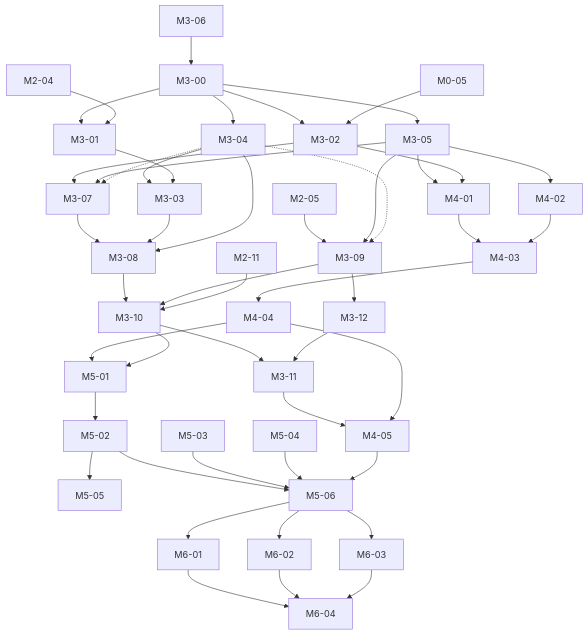
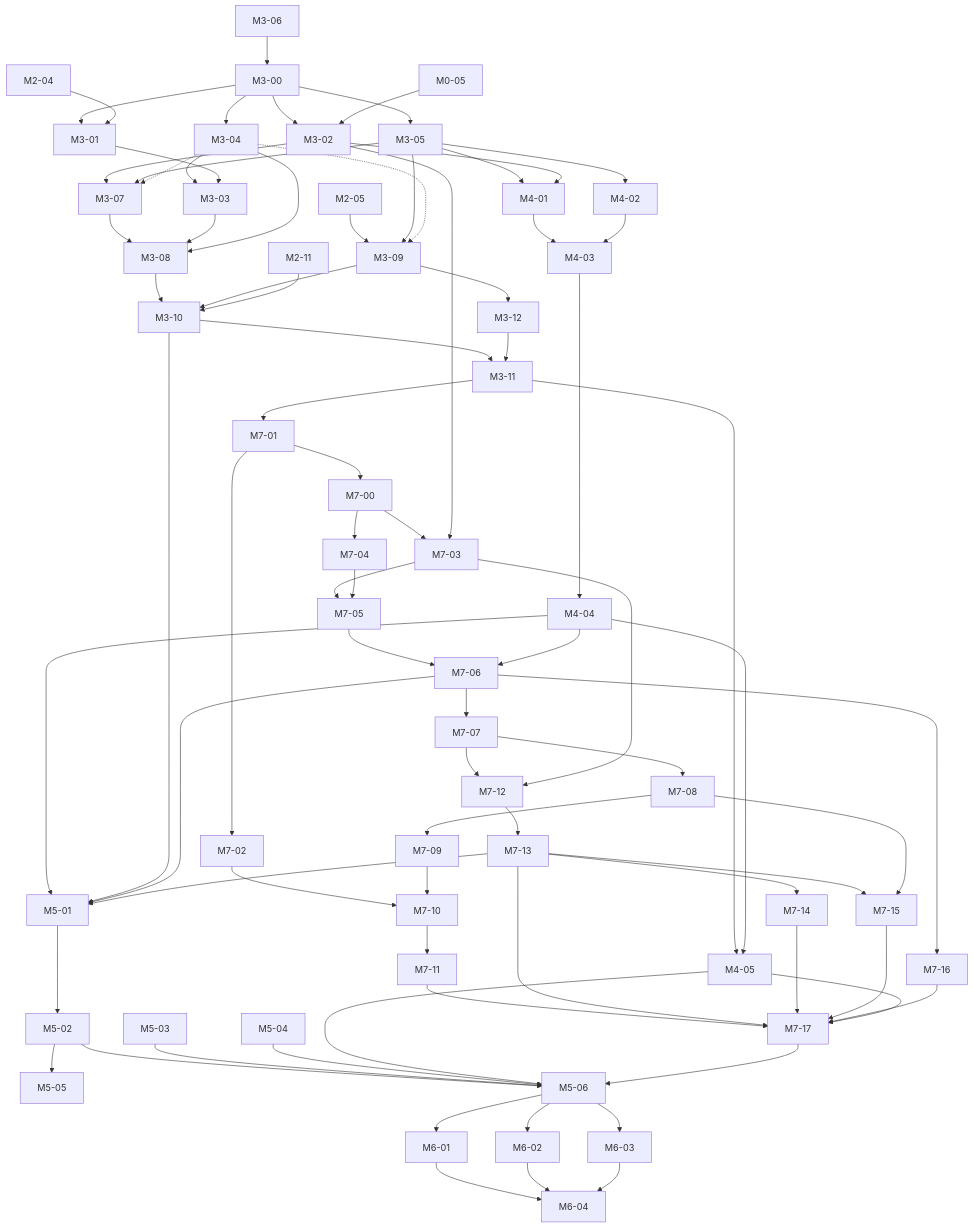
One commit to Mohammad-Aminazadeh/brain-3d-reconstruction changed the diagram in tasks/BACKLOG.md. Above: the diagram before and after it, drawn with Mermaid. The commit also changed other lines of this file and 12 other files, not shown here.

````diff
--- a/tasks/BACKLOG.md
+++ b/tasks/BACKLOG.md
@@ -85,40 +106,60 @@
 ```mermaid
 flowchart TD
     M3-06 --> M3-00
     M3-00 --> M3-01 & M3-02 & M3-05
     M2-04 --> M3-01
     M3-00 --> M3-04 --> M3-03
     M3-01 --> M3-03
     M0-05 --> M3-02
     M3-02 --> M3-07
     M3-05 --> M3-07
     M3-04 -.-> M3-07
     M3-07 --> M3-08
     M3-03 --> M3-08
     M3-04 --> M3-08
     M2-05 --> M3-09
     M3-05 --> M3-09
     M3-04 -.-> M3-09
     M3-08 --> M3-10
     M3-09 --> M3-10
     M2-11 --> M3-10
     M3-09 --> M3-12
     M3-10 --> M3-11
     M3-12 --> M3-11
     M3-05 --> M4-01
     M3-02 --> M4-01
     M3-05 --> M4-02
     M4-01 --> M4-03
     M4-02 --> M4-03 --> M4-04
     M3-11 --> M4-05
     M4-04 --> M4-05
     M4-04 --> M5-01
     M3-10 --> M5-01
     M5-01 --> M5-02
     M5-02 --> M5-05
     M5-02 --> M5-06
     M5-03 --> M5-06
     M5-04 --> M5-06
     M4-05 --> M5-06
     M5-06 --> M6-01 & M6-02 & M6-03 --> M6-04
+    M3-11 --> M7-01
+    M7-01 --> M7-00 & M7-02
+    M7-00 --> M7-03 & M7-04
+    M3-02 --> M7-03
+    M7-03 --> M7-05
+    M7-04 --> M7-05 --> M7-06 --> M7-07 --> M7-08 --> M7-09
+    M4-04 --> M7-06
+    M7-07 --> M7-12
+    M7-03 --> M7-12 --> M7-13
+    M7-02 --> M7-10
+    M7-09 --> M7-10 --> M7-11
+    M7-13 --> M7-14
+    M7-13 --> M7-15
+    M7-08 --> M7-15
+    M7-06 --> M7-16
+    M7-11 & M7-13 & M7-14 & M7-15 & M7-16 --> M7-17
+    M4-05 --> M7-17
+    M7-06 --> M5-01
+    M7-13 --> M5-01
+    M7-17 --> M5-06
 ```
````
